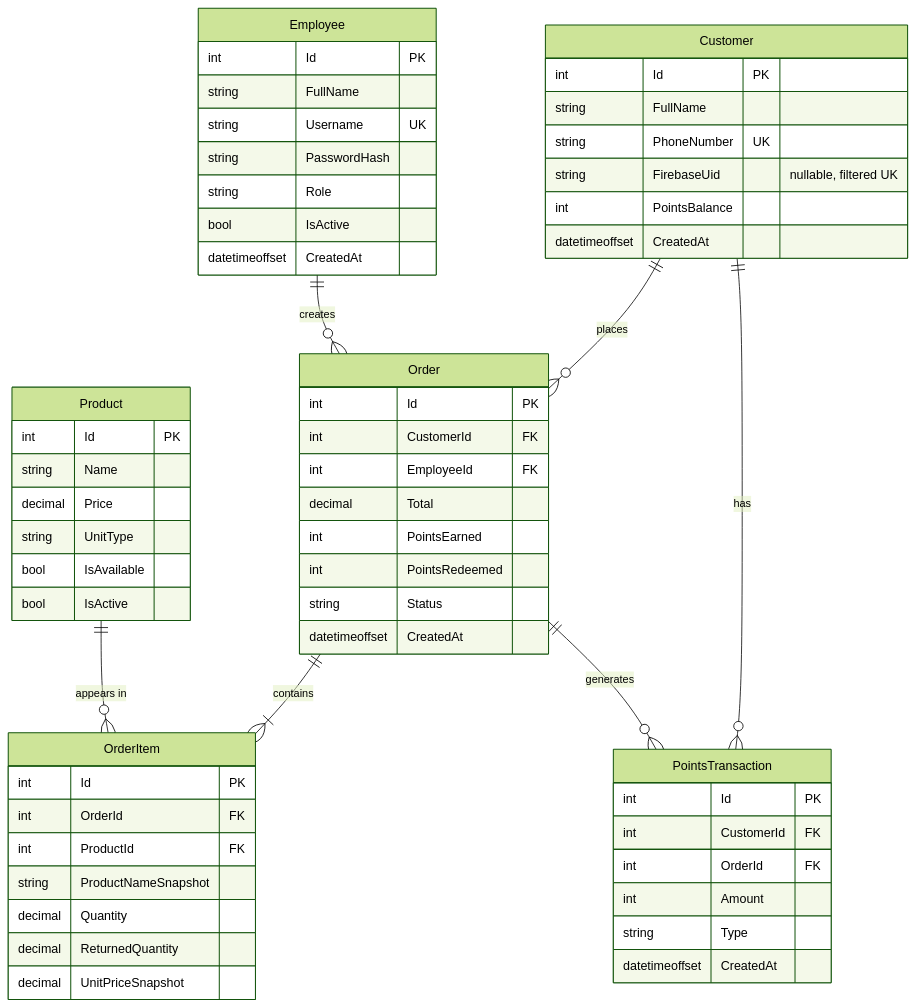
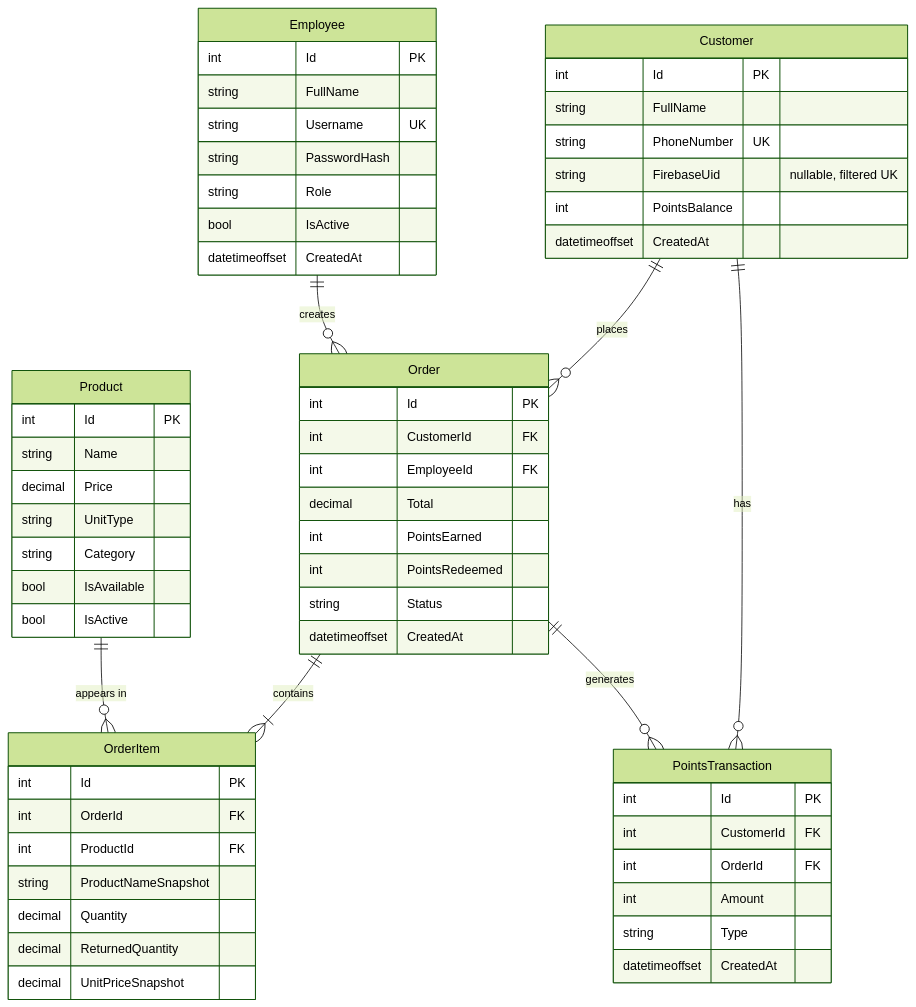
The diagram in docs/ERD.md (Mohammad-abdelhadi-2006/coffee-loyalty-system), drawn with Mermaid (forest theme) before and after one commit. The commit also changed other lines of this file and 8 other files, not shown here.

````diff
--- a/docs/ERD.md
+++ b/docs/ERD.md
@@ -3,62 +3,63 @@
 ```mermaid
 erDiagram
     Customer {
         int Id PK
         string FullName
         string PhoneNumber UK
         string FirebaseUid "nullable, filtered UK"
         int PointsBalance
         datetimeoffset CreatedAt
     }
     Employee {
         int Id PK
         string FullName
         string Username UK
         string PasswordHash
         string Role
         bool IsActive
         datetimeoffset CreatedAt
     }
     Product {
         int Id PK
         string Name
         decimal Price
         string UnitType
+        string Category
         bool IsAvailable
         bool IsActive
     }
     Order {
         int Id PK
         int CustomerId FK
         int EmployeeId FK
         decimal Total
         int PointsEarned
         int PointsRedeemed
         string Status
         datetimeoffset CreatedAt
     }
     OrderItem {
         int Id PK
         int OrderId FK
         int ProductId FK
         string ProductNameSnapshot
         decimal Quantity
         decimal ReturnedQuantity
         decimal UnitPriceSnapshot
     }
     PointsTransaction {
         int Id PK
         int CustomerId FK
         int OrderId FK
         int Amount
         string Type
         datetimeoffset CreatedAt
     }
 
     Customer ||--o{ Order : places
     Employee ||--o{ Order : creates
     Order ||--|{ OrderItem : contains
     Product ||--o{ OrderItem : "appears in"
     Customer ||--o{ PointsTransaction : has
     Order ||--o{ PointsTransaction : generates
 ```
````
